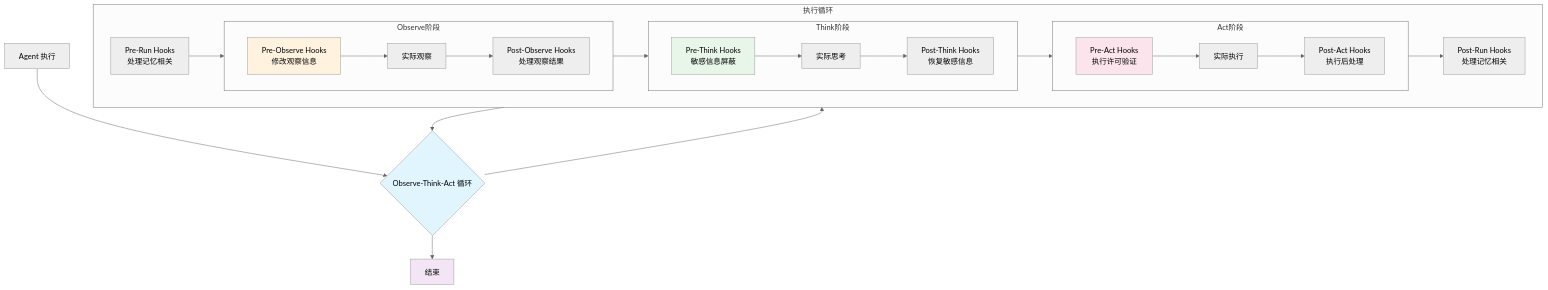
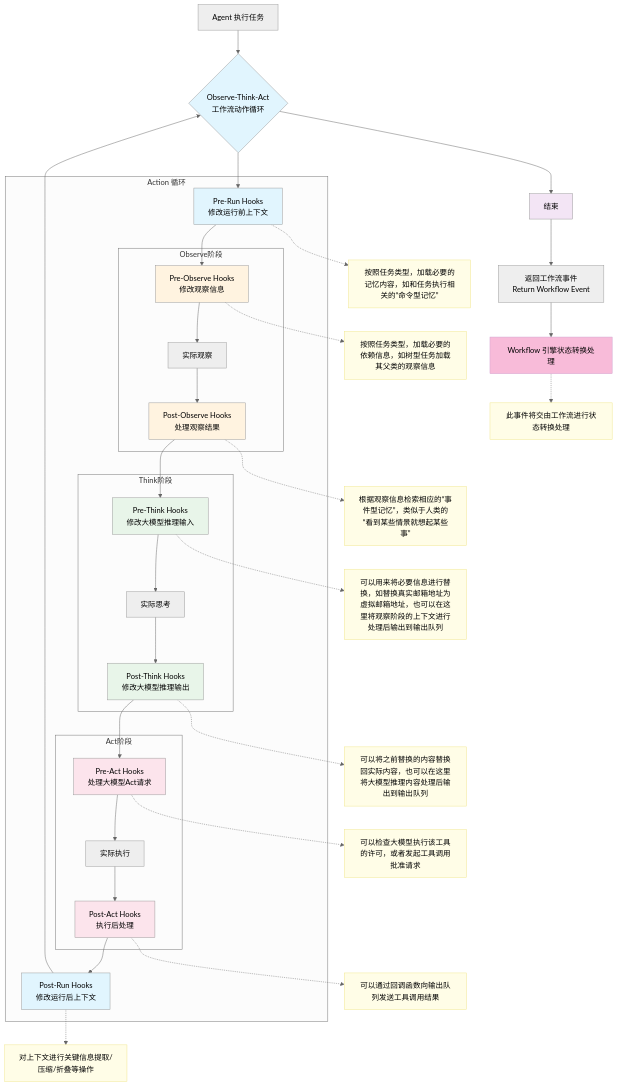
The diagram in src/core/agent/README.md (Koko12137/tasking-community), drawn with Mermaid (neutral theme) before and after one commit. The commit also changed 40 other files, not shown here.

````diff
--- a/src/core/agent/README.md
+++ b/src/core/agent/README.md
@@ -50,19 +50,18 @@
 ```mermaid
+
 graph TB
     %% 1. 外层基础节点（流程起点/终点/循环判断）
-    A[Agent 执行]
-    B{Observe-Think-Act 循环}
+    A[Agent 执行任务]
+    B{Observe-Think-Act <br/>工作流动作循环}
     P[结束]
 
-    %% 2. 核心执行循环（横向排列三个阶段，子图内竖向）
-    subgraph 执行循环
-        direction LR 
-        C[Pre-Run Hooks<br/>处理记忆相关]
-        O[Post-Run Hooks<br/>处理记忆相关]
+    %% 2. 核心执行循环
+    subgraph Action 循环
+        C[Pre-Run Hooks<br/>修改运行前上下文]
+        O[Post-Run Hooks<br/>修改运行后上下文]
 
-        %% 2.1 Observe 阶段（子图内「上→下」竖向）
+        %% 2.1 Observe 阶段
         subgraph Observe阶段
-            direction LR
             D[Pre-Observe Hooks<br/>修改观察信息]
             E[实际观察]
             F[Post-Observe Hooks<br/>处理观察结果]
@@ -70,20 +69,18 @@
             E --> F
         end
 
-        %% 2.2 Think 阶段（子图内「上→下」竖向）
+        %% 2.2 Think 阶段
         subgraph Think阶段
-            direction LR
-            H[Pre-Think Hooks<br/>敏感信息屏蔽]
+            H[Pre-Think Hooks<br/>修改大模型推理输入]
             I[实际思考]
-            J[Post-Think Hooks<br/>恢复敏感信息]
+            J[Post-Think Hooks<br/>修改大模型推理输出]
             H --> I
             I --> J
         end
 
-        %% 2.3 Act 阶段（子图内「上→下」竖向）
+        %% 2.3 Act 阶段
         subgraph Act阶段
-            direction LR
-            L[Pre-Act Hooks<br/>执行许可验证]
+            L[Pre-Act Hooks<br/>处理大模型Act请求]
             M[实际执行]
             N[Post-Act Hooks<br/>执行后处理]
             L --> M
@@ -94,7 +91,7 @@
         J --> L 
     end
 
-    %% 3. 外层完整流程（全用具体节点连接，无歧义）
+    %% 4. 外层完整流程（全用具体节点连接，无歧义）
     A --> B
     B --> C
     C --> D
@@ -102,10 +99,60 @@
     O --> B
     B --> P
 
-    %% 保留原样式（无语法冲突）
+    %% 在结束后发送一个工作流事件，并交给工作流处理
+    P --> ReturnEvent[返回工作流事件<br/>Return Workflow Event]
+    ReturnEvent --> WorkflowHandler[Workflow 引擎状态转换处理]
+    WorkflowHandler -.-> Note_Workflow[此事件将交由工作流进行状态转换处理]
+
+    %% 各阶段 hook 着色（按阶段统一）
+    %% Pre-Run Hooks（整体/外层） - 淡蓝
+    style C fill:#e1f5fe
+    %% Post-Run Hooks（整体/外层） - 淡蓝
+    style O fill:#e1f5fe    
+
+    %% Pre-Observe Hooks - 观察阶段（淡橙）
+    style D fill:#fff3e0    
+    %% Post-Observe Hooks - 观察阶段（淡橙）
+    style F fill:#fff3e0    
+
+    %% Pre-Think Hooks - 思考阶段（淡绿）
+    style H fill:#e8f5e9    
+    %% Post-Think Hooks - 思考阶段（淡绿）
+    style J fill:#e8f5e9    
+
+    %% Pre-Act Hooks - 执行阶段（淡粉）
+    style L fill:#fce4ec    
+    %% Post-Act Hooks - 执行阶段（淡粉）
+    style N fill:#fce4ec    
+
+    %% 为每个钩子添加右侧的虚线笔记占位（我来填写内容）
+    C -.-> Note_PreRun[按照任务类型，加载必要的记忆内容，如和任务执行相关的“命令型记忆”]
+    O -.-> Note_PostRun[对上下文进行关键信息提取/压缩/折叠等操作]
+
+    D -.-> Note_PreObserve[按照任务类型，加载必要的依赖信息，如树型任务加载其父类的观察信息]
+    F -.-> Note_PostObserve[根据观察信息检索相应的“事件型记忆”，类似于人类的“看到某些情景就想起某些事”]
+
+    H -.-> Note_PreThink[可以用来将必要信息进行替换，如替换真实邮箱地址为虚拟邮箱地址，也可以在这里将观察阶段的上下文进行处理后输出到输出队列]
+    J -.-> Note_PostThink[可以将之前替换的内容替换回实际内容，也可以在这里将大模型推理内容处理后输出到输出队列]
+
+    L -.-> Note_PreAct[可以检查大模型执行该工具的许可，或者发起工具调用批准请求]
+    N -.-> Note_PostAct[可以通过回调函数向输出队列发送工具调用结果]
+
+    %% 新增工作流事件的笔记样式
+    style Note_Workflow fill:#fffde7,stroke:#f0e68c
+
+    %% 其他笔记样式（统一浅黄背景）
+    style Note_PreRun fill:#fffde7,stroke:#f0e68c
+    style Note_PostRun fill:#fffde7,stroke:#f0e68c
+    style Note_PreObserve fill:#fffde7,stroke:#f0e68c
+    style Note_PostObserve fill:#fffde7,stroke:#f0e68c
+    style Note_PreThink fill:#fffde7,stroke:#f0e68c
+    style Note_PostThink fill:#fffde7,stroke:#f0e68c
+    style Note_PreAct fill:#fffde7,stroke:#f0e68c
+    style Note_PostAct fill:#fffde7,stroke:#f0e68c
+
+    %% 保留其他节点样式
     style B fill:#e1f5fe
-    style D fill:#fff3e0
-    style H fill:#e8f5e9
-    style L fill:#fce4ec
     style P fill:#f3e5f5
+    style WorkflowHandler fill:#f8bbd9,stroke:#d0a3d0
 ```
````
